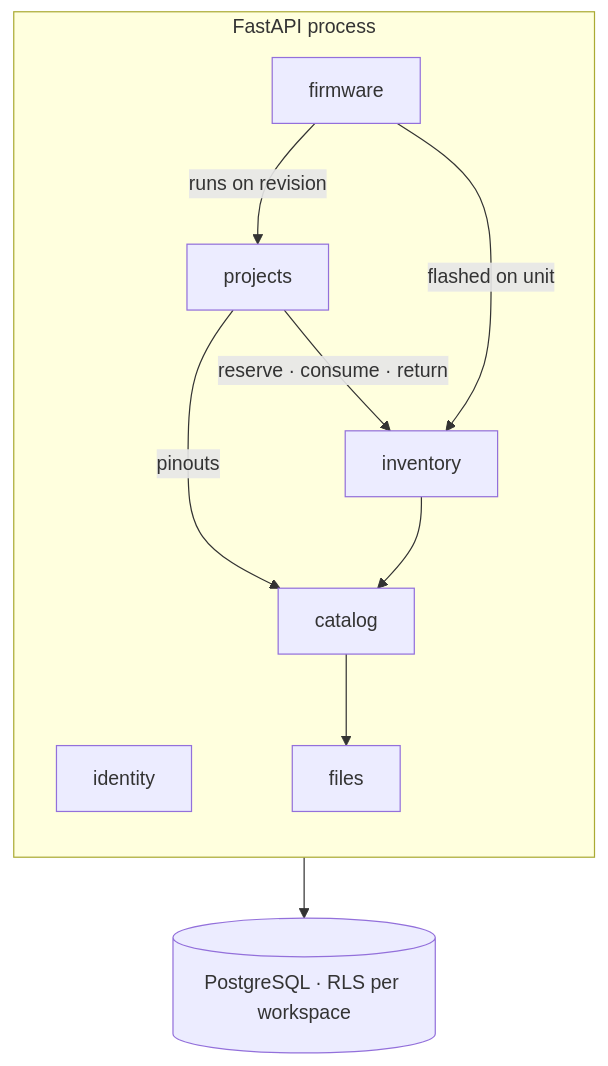
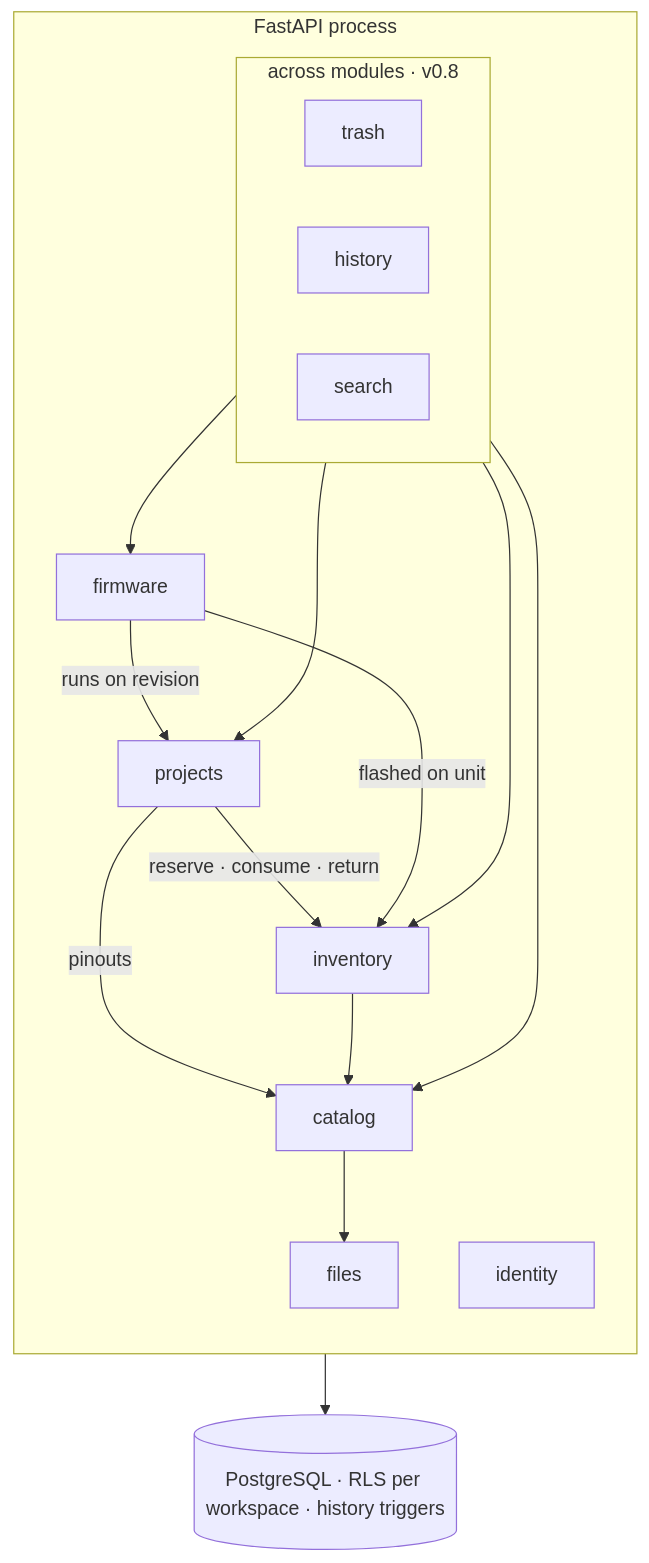
Before and after one commit to vinicius-cardoso/wiredex: the first of 2 diagrams in README.md, drawn with Mermaid. The commit also changed other lines of this file and 9 other files, not shown here.

First line of the commit message:
docs: close v0.8.0 with the trash and history ADRs

````diff
--- a/README.md
+++ b/README.md
@@ -226,19 +228,25 @@
 ```mermaid
 flowchart TB
   subgraph api["FastAPI process"]
     direction TB
     ID[identity]
     CAT[catalog]
     INV[inventory]
     PRJ[projects]
     FW[firmware]
     FIL[files]
+    subgraph across["across modules · v0.8"]
+      TR[trash]
+      HIS[history]
+      SR[search]
+    end
   end
   PRJ -->|reserve · consume · return| INV
   PRJ -->|pinouts| CAT
   INV --> CAT
   FW -->|flashed on unit| INV
   FW -->|runs on revision| PRJ
   CAT --> FIL
-  api --> DB[(PostgreSQL · RLS per workspace)]
+  across --> CAT & INV & PRJ & FW
+  api --> DB[(PostgreSQL · RLS per workspace · history triggers)]
 ```
````
